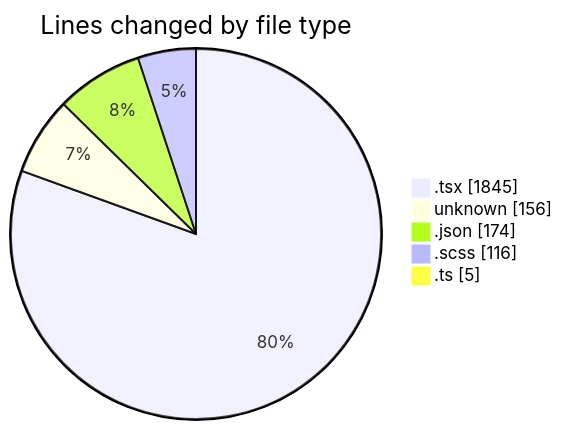
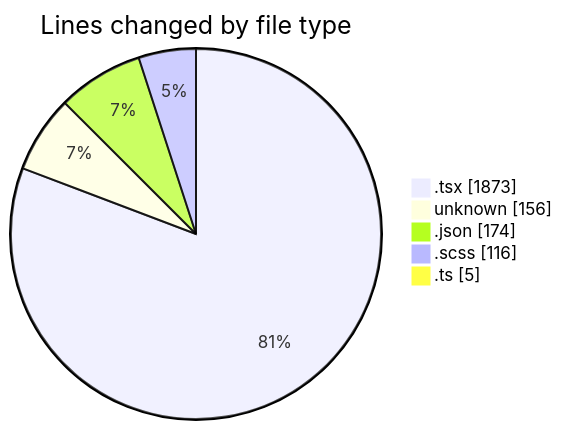
One commit to momahboobian/code-tracking changed the first of 2 diagrams in 2026-09-28/cda/README.md. Above: the diagram before and after it, drawn with Mermaid. The commit also changed other lines of this file and 1 other file, not shown here.

````diff
--- a/2026-09-28/cda/README.md
+++ b/2026-09-28/cda/README.md
@@ -31,9 +32,9 @@
 ```mermaid
 pie showData
 title Lines changed by file type
-".tsx" : 1845
+".tsx" : 1873
 "unknown" : 156
 ".json" : 174
 ".scss" : 116
 ".ts" : 5
 ```
````
